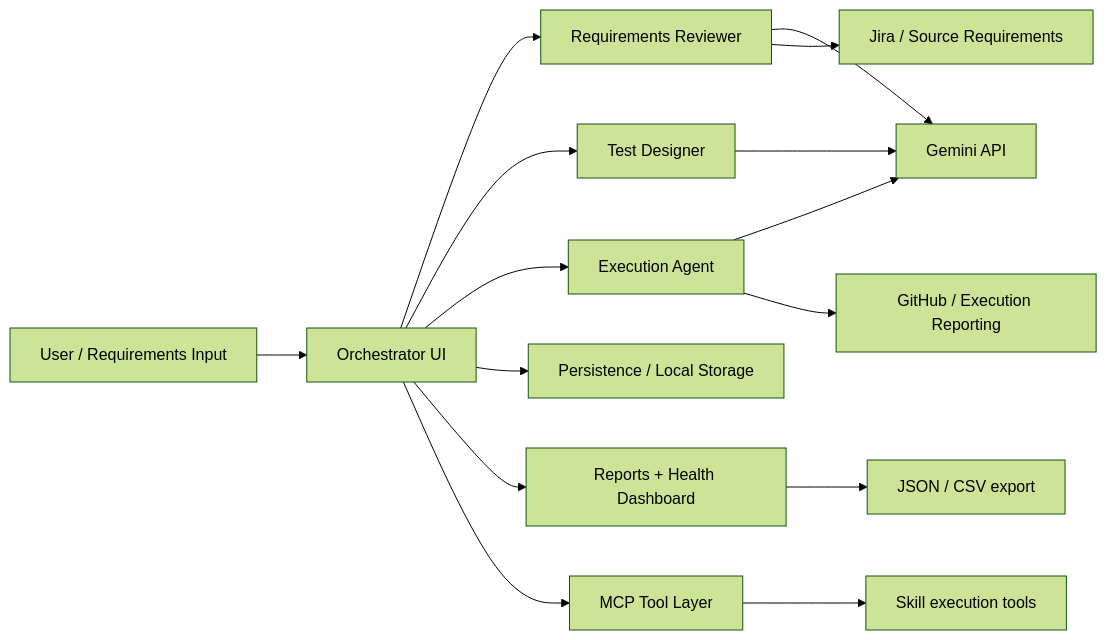
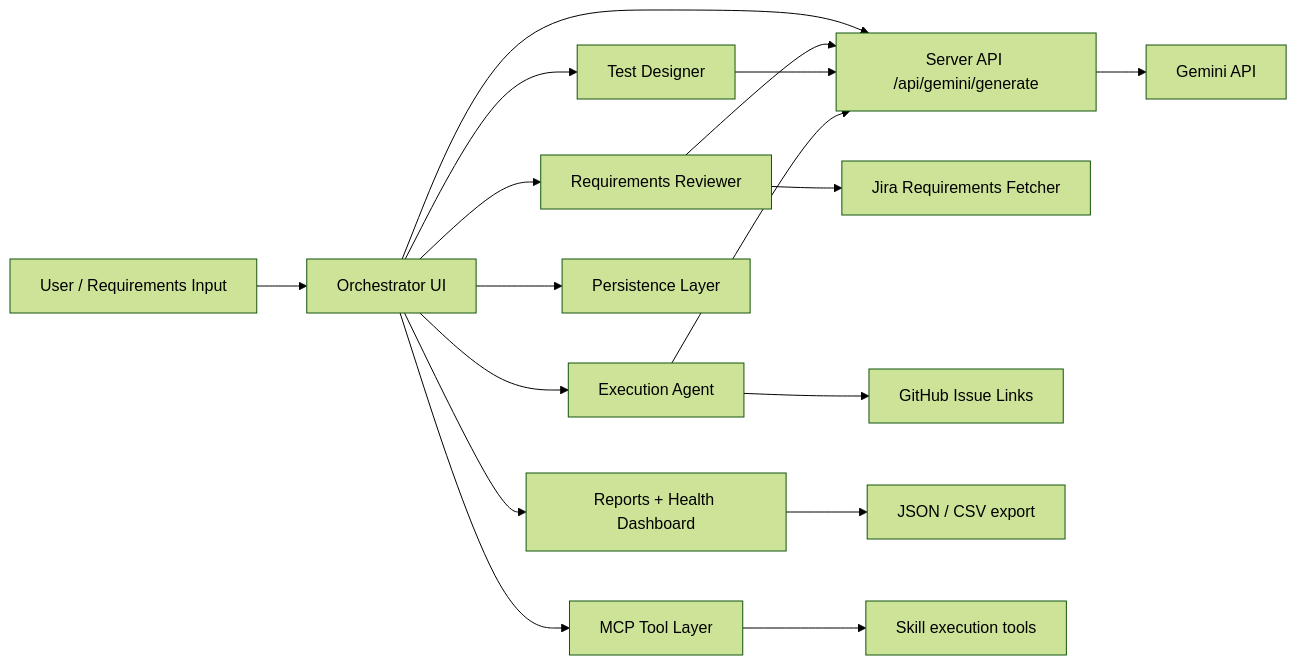
Before and after one commit to darshil0/qa-nexus-autonomous: the diagram in AGENT.md, drawn with Mermaid (forest theme). The commit also changed other lines of this file and 29 other files, not shown here.

First line of the commit message:
Security hardening, Gemini server API proxy, RLS migrations, and CI checks

````diff
--- a/AGENT.md
+++ b/AGENT.md
@@ -25,18 +25,20 @@
 ```mermaid
 flowchart LR
     U[User / Requirements Input] --> O[Orchestrator UI]
+    O --> S[Server API /api/gemini/generate]
+    S --> G[Gemini API]
     O --> A1[Requirements Reviewer]
     O --> A2[Test Designer]
     O --> A3[Execution Agent]
-    A1 --> G[Gemini API]
-    A2 --> G
-    A3 --> G
+    A1 --> S
+    A2 --> S
+    A3 --> S
 
-    A1 --> J[Jira / Source Requirements]
-    A3 --> GH[GitHub / Execution Reporting]
-    O --> P[Persistence / Local Storage]
+    A1 --> J[Jira Requirements Fetcher]
+    A3 --> GH[GitHub Issue Links]
+    O --> P[Persistence Layer]
     O --> R[Reports + Health Dashboard]
     R --> E[JSON / CSV export]
     O --> MCP[MCP Tool Layer]
     MCP --> SK[Skill execution tools]
 ```
````
